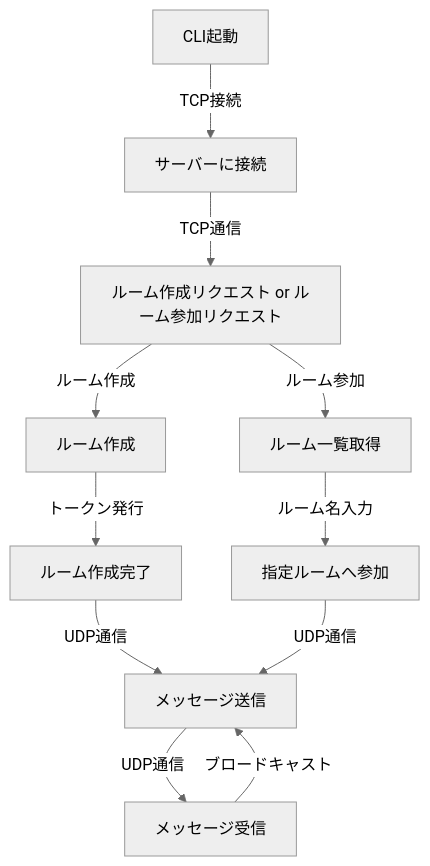
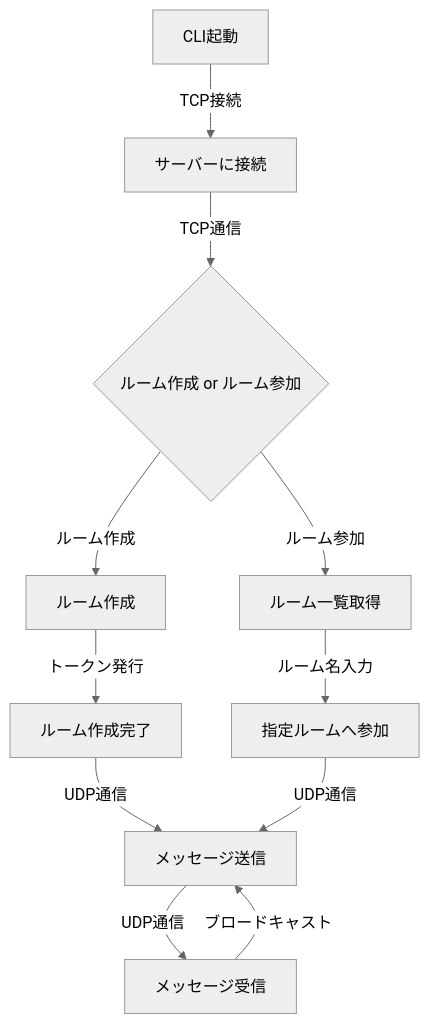
Before and after one commit to BackendExplorer/Tenshin: the diagram in README.md, drawn with Mermaid (neutral theme).

````diff
--- a/README.md
+++ b/README.md
@@ -1,17 +1,18 @@
 ```mermaid
 graph TD
-    A[CLI起動] -->|TCP接続| B[サーバーに接続]
-    B -->|TCP通信| C[ルーム作成リクエスト or ルーム参加リクエスト]
+    A["CLI起動"] -->|TCP接続| B["サーバーに接続"]
+    B -->|TCP通信| C{"ルーム作成 or ルーム参加"}
 
-    C -- ルーム作成 --> D[ルーム作成]
-    C -- ルーム参加 --> E[ルーム一覧取得]
+    C -- ルーム作成 --> D["ルーム作成"]
+    C -- ルーム参加 --> E["ルーム一覧取得"]
 
-    D -->|トークン発行| F[ルーム作成完了]
-    E -->|ルーム名入力| G[指定ルームへ参加]
+    D -->|トークン発行| F["ルーム作成完了"]
+    E -->|ルーム名入力| G["指定ルームへ参加"]
 
-    F -->|UDP通信| H[メッセージ送信]
+    F -->|UDP通信| H["メッセージ送信"]
     G -->|UDP通信| H
 
-    H -->|UDP通信| I[メッセージ受信]
+    H -->|UDP通信| I["メッセージ受信"]
     I -->|ブロードキャスト| H
+
 ```
````
